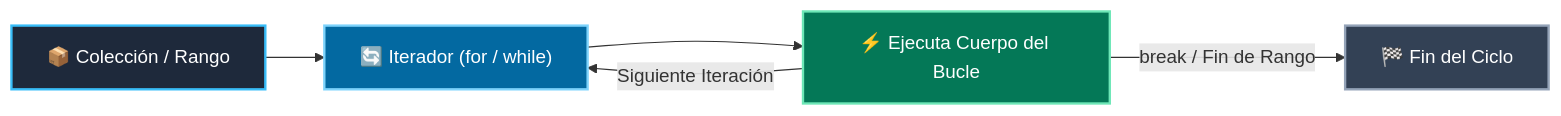
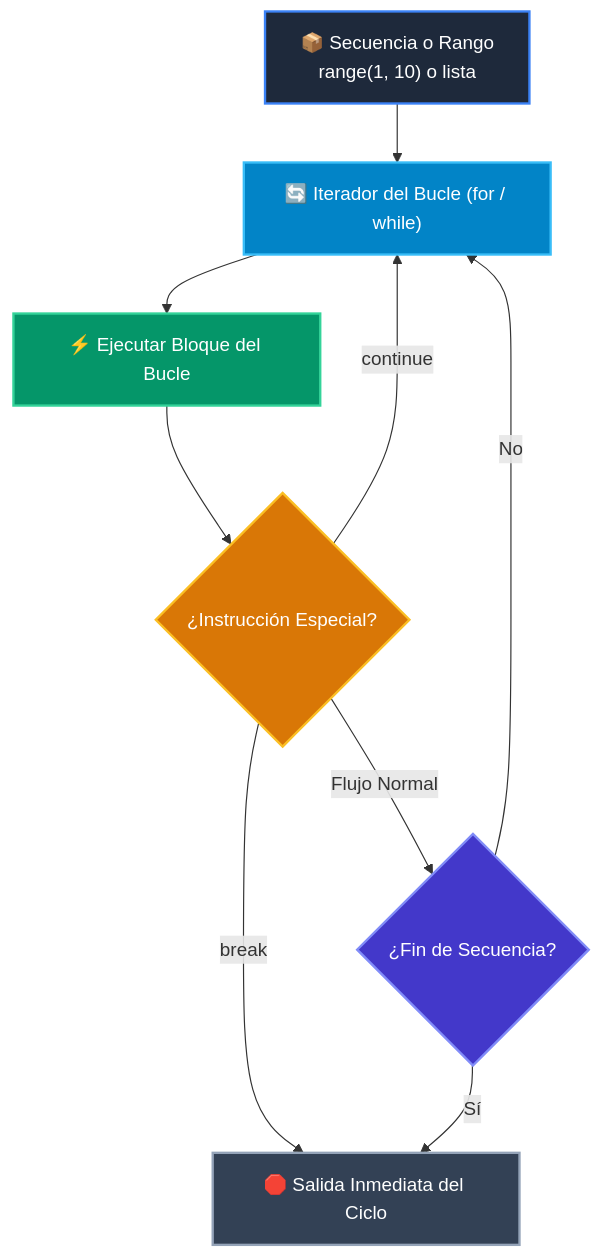
The diagram in docs/curso-01/clase-04.md (wisrovi/wisrovi-python), drawn with Mermaid before and after one commit. The commit also changed other lines of this file and 38 other files, not shown here.

Commit message:
docs(site): rebuild full MkDocs documentation site with updated canonical content, bespoke Mermaids, and Spiral Learning pedagogy

````diff
--- a/docs/curso-01/clase-04.md
+++ b/docs/curso-01/clase-04.md
@@ -65,12 +38,18 @@
 ```mermaid
-flowchart LR
-    A["📦 Colección / Rango"] --> B["🔄 Iterador (for / while)"]
-    B --> C["⚡ Ejecuta Cuerpo del Bucle"]
-    C -->|Siguiente Iteración| B
-    C -->|break / Fin de Rango| D["🏁 Fin del Ciclo"]
+flowchart TD
+    SEQ["📦 Secuencia o Rango<br/>range(1, 10) o lista"] --> ITER["🔄 Iterador del Bucle (for / while)"]
+    ITER --> BODY["⚡ Ejecutar Bloque del Bucle"]
+    BODY --> CTRL{"¿Instrucción Especial?"}
+    CTRL -->|continue| ITER
+    CTRL -->|break| EXIT["🛑 Salida Inmediata del Ciclo"]
+    CTRL -->|Flujo Normal| NEXT{"¿Fin de Secuencia?"}
+    NEXT -->|No| ITER
+    NEXT -->|Sí| EXIT
 
-    style A fill:#1e293b,color:#ffffff,stroke:#38bdf8,stroke-width:2px
-    style B fill:#0369a1,color:#ffffff,stroke:#7dd3fc,stroke-width:2px
-    style C fill:#047857,color:#ffffff,stroke:#6ee7b7,stroke-width:2px
-    style D fill:#334155,color:#ffffff,stroke:#94a3b8,stroke-width:2px
+    style SEQ fill:#1e293b,color:#ffffff,stroke:#3b82f6,stroke-width:2px
+    style ITER fill:#0284c7,color:#ffffff,stroke:#38bdf8,stroke-width:2px
+    style BODY fill:#059669,color:#ffffff,stroke:#34d399,stroke-width:2px
+    style CTRL fill:#d97706,color:#ffffff,stroke:#fbbf24,stroke-width:2px
+    style NEXT fill:#4338ca,color:#ffffff,stroke:#818cf8,stroke-width:2px
+    style EXIT fill:#334155,color:#ffffff,stroke:#94a3b8,stroke-width:2px
 ```
````
